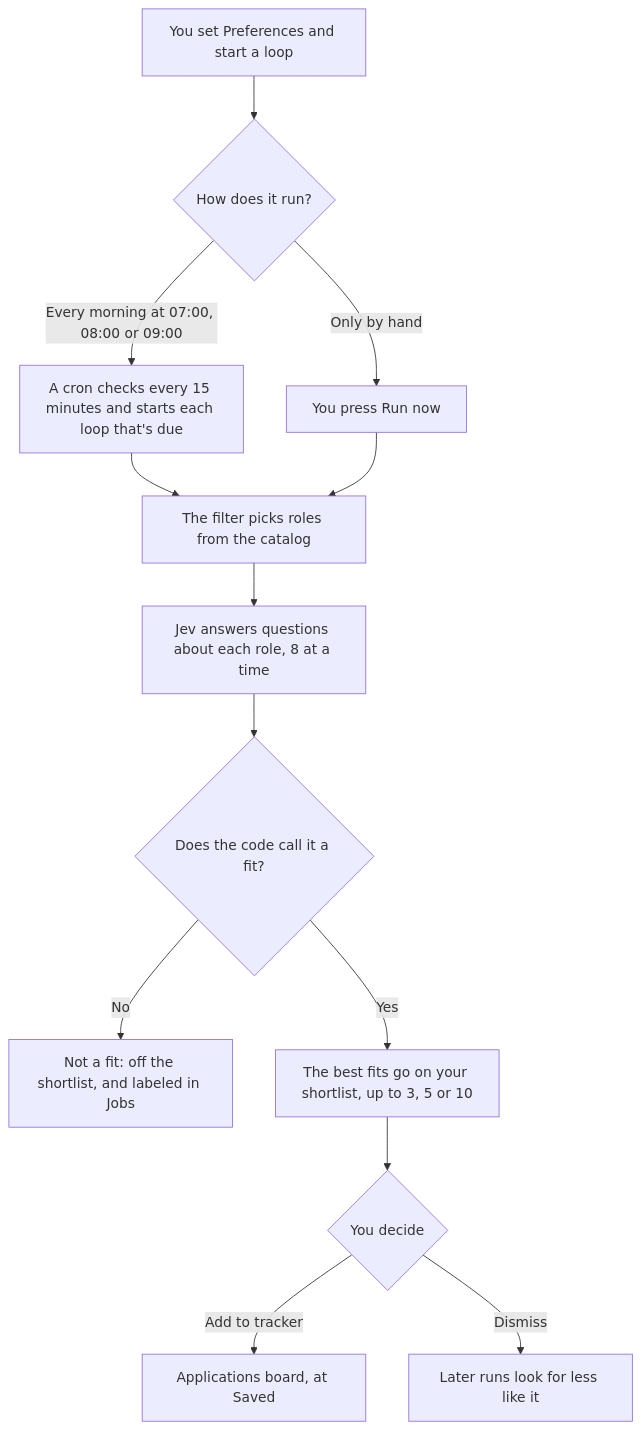
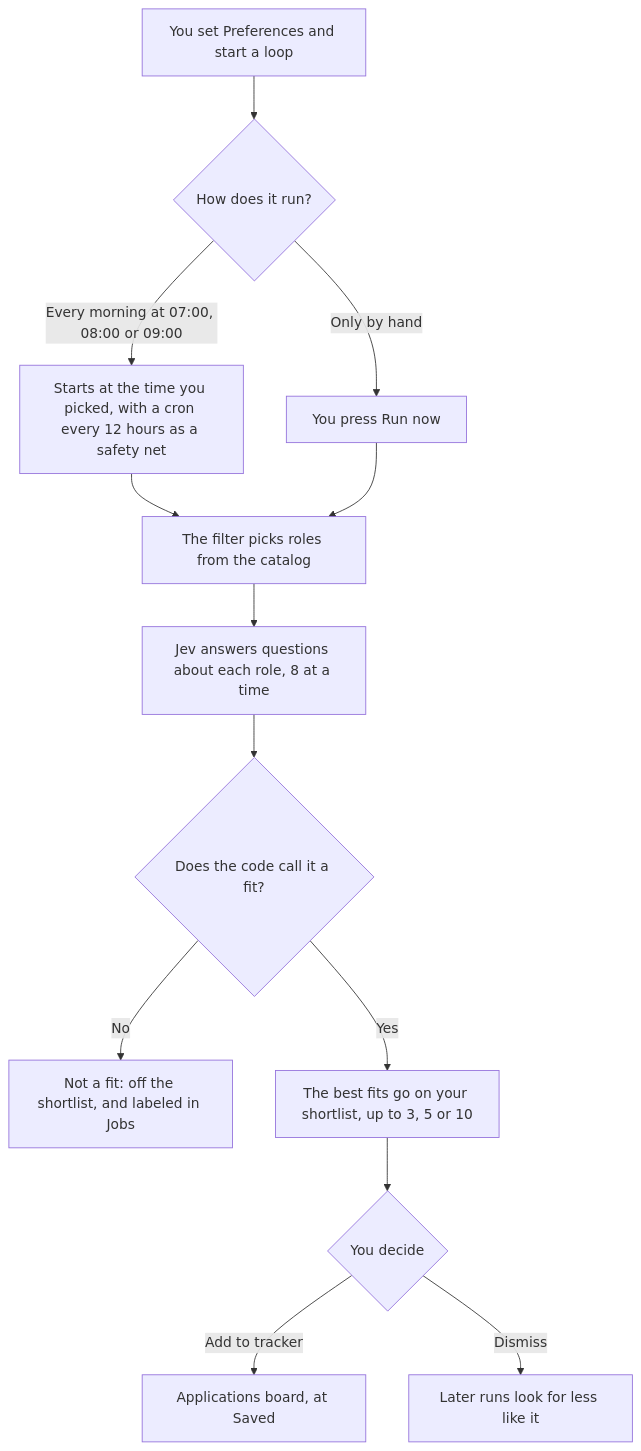
The second of 2 diagrams in docs/job-classification.md (saranatour1/job-tracking-helper), drawn with Mermaid before and after one commit. The commit also changed other lines of this file and 21 other files, not shown here.

````diff
--- a/docs/job-classification.md
+++ b/docs/job-classification.md
@@ -42,15 +42,15 @@
 ```mermaid
 flowchart TD
     A["You set Preferences and start a loop"] --> B{"How does it run?"}
-    B -- "Every morning at 07:00, 08:00 or 09:00" --> C["A cron checks every 15 minutes and starts each loop that's due"]
+    B -- "Every morning at 07:00, 08:00 or 09:00" --> C["Starts at the time you picked, with a cron every 12 hours as a safety net"]
     B -- "Only by hand" --> D["You press Run now"]
     C --> E["The filter picks roles from the catalog"]
     D --> E
     E --> F["Jev answers questions about each role, 8 at a time"]
     F --> G{"Does the code call it a fit?"}
     G -- "No" --> H["Not a fit: off the shortlist, and labeled in Jobs"]
     G -- "Yes" --> I["The best fits go on your shortlist, up to 3, 5 or 10"]
     I --> K{"You decide"}
     K -- "Add to tracker" --> L["Applications board, at Saved"]
     K -- "Dismiss" --> M["Later runs look for less like it"]
 ```
````
